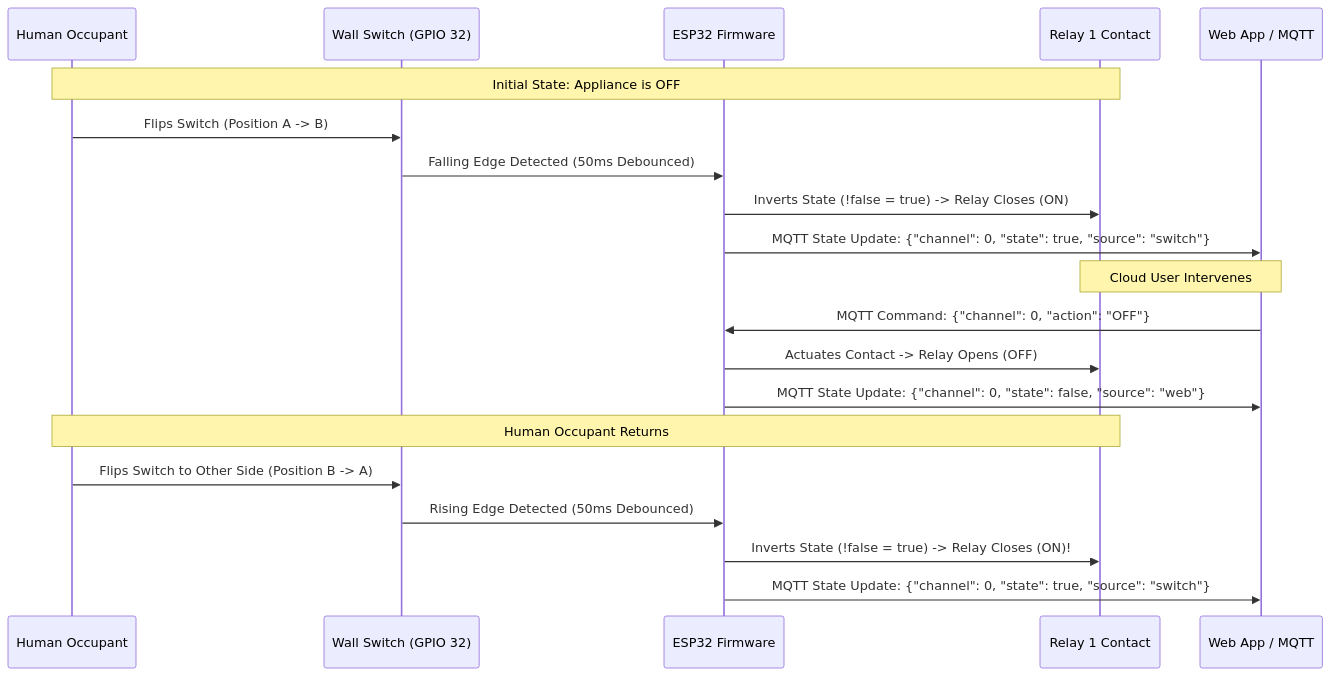
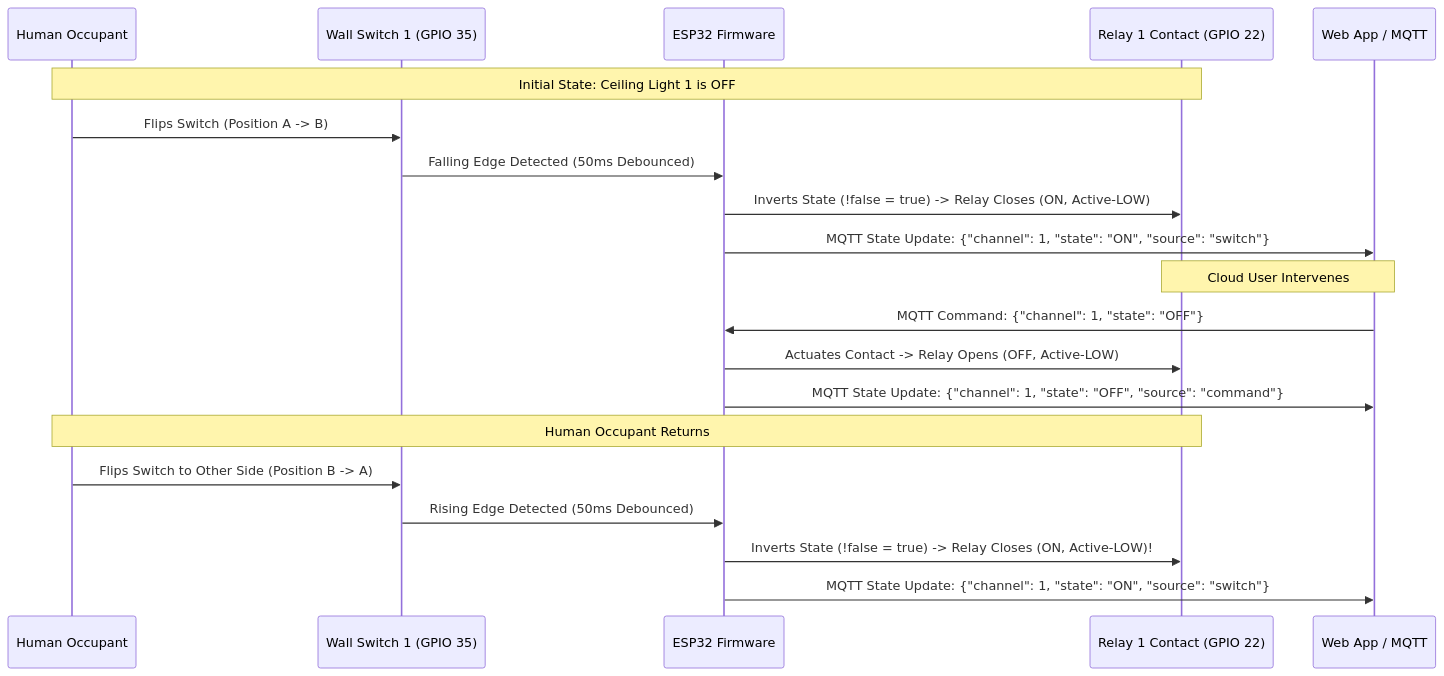
One commit to saxrael/SAOCS changed the second of 4 diagrams in README.md. Above: the diagram before and after it, drawn with Mermaid. The commit also changed other lines of this file, not shown here.

Commit message:
docs(readme): reconcile master README with 2-channel hardware, active-LOW polarity, and scheduler engine

````diff
--- a/README.md
+++ b/README.md
@@ -327,25 +331,25 @@
 ```mermaid
 sequenceDiagram
     participant User as Human Occupant
-    participant Switch as Wall Switch (GPIO 32)
+    participant Switch as Wall Switch 1 (GPIO 35)
     participant ESP as ESP32 Firmware
-    participant Relay as Relay 1 Contact
+    participant Relay as Relay 1 Contact (GPIO 22)
     participant Cloud as Web App / MQTT
 
-    Note over User,Relay: Initial State: Appliance is OFF
+    Note over User,Relay: Initial State: Ceiling Light 1 is OFF
     User->>Switch: Flips Switch (Position A -> B)
     Switch->>ESP: Falling Edge Detected (50ms Debounced)
-    ESP->>Relay: Inverts State (!false = true) -> Relay Closes (ON)
-    ESP->>Cloud: MQTT State Update: {"channel": 0, "state": true, "source": "switch"}
+    ESP->>Relay: Inverts State (!false = true) -> Relay Closes (ON, Active-LOW)
+    ESP->>Cloud: MQTT State Update: {"channel": 1, "state": "ON", "source": "switch"}
     
     Note over Cloud,Relay: Cloud User Intervenes
-    Cloud->>ESP: MQTT Command: {"channel": 0, "action": "OFF"}
-    ESP->>Relay: Actuates Contact -> Relay Opens (OFF)
-    ESP->>Cloud: MQTT State Update: {"channel": 0, "state": false, "source": "web"}
+    Cloud->>ESP: MQTT Command: {"channel": 1, "state": "OFF"}
+    ESP->>Relay: Actuates Contact -> Relay Opens (OFF, Active-LOW)
+    ESP->>Cloud: MQTT State Update: {"channel": 1, "state": "OFF", "source": "command"}
     
     Note over User,Relay: Human Occupant Returns
     User->>Switch: Flips Switch to Other Side (Position B -> A)
     Switch->>ESP: Rising Edge Detected (50ms Debounced)
-    ESP->>Relay: Inverts State (!false = true) -> Relay Closes (ON)!
-    ESP->>Cloud: MQTT State Update: {"channel": 0, "state": true, "source": "switch"}
+    ESP->>Relay: Inverts State (!false = true) -> Relay Closes (ON, Active-LOW)!
+    ESP->>Cloud: MQTT State Update: {"channel": 1, "state": "ON", "source": "switch"}
 ```
````
